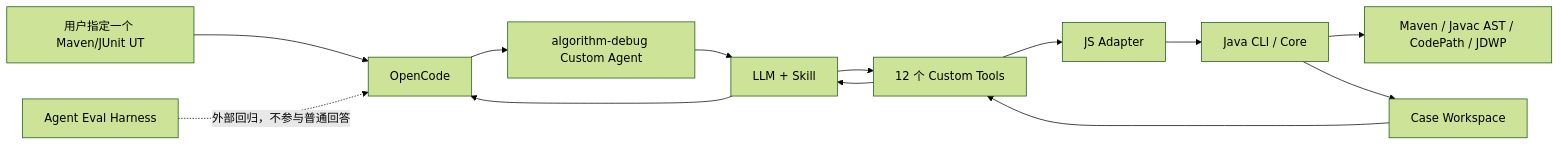
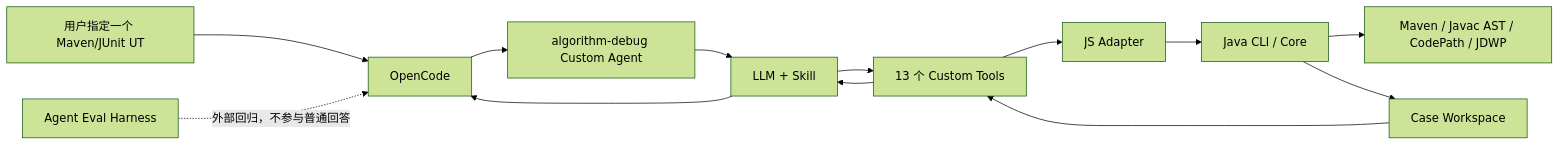
The diagram in docs/current-capabilities.md (mh90901119-oss/algorithm-debug-agent), drawn with Mermaid (forest theme) before and after one commit. The commit also changed other lines of this file and 52 other files, not shown here.

````diff
--- a/docs/current-capabilities.md
+++ b/docs/current-capabilities.md
@@ -7,15 +7,15 @@
 ```mermaid
 flowchart LR
     U["用户指定一个 Maven/JUnit UT"] --> O["OpenCode"]
     O --> A["algorithm-debug Custom Agent"]
     A --> L["LLM + Skill"]
-    L --> T["12 个 Custom Tools"]
+    L --> T["13 个 Custom Tools"]
     T --> J["JS Adapter"]
     J --> C["Java CLI / Core"]
     C --> R["Maven / Javac AST / CodePath / JDWP"]
     C --> W["Case Workspace"]
     W --> T
     T --> L
     L --> O
     E["Agent Eval Harness"] -. "外部回归，不参与普通回答" .-> O
 ```
````
